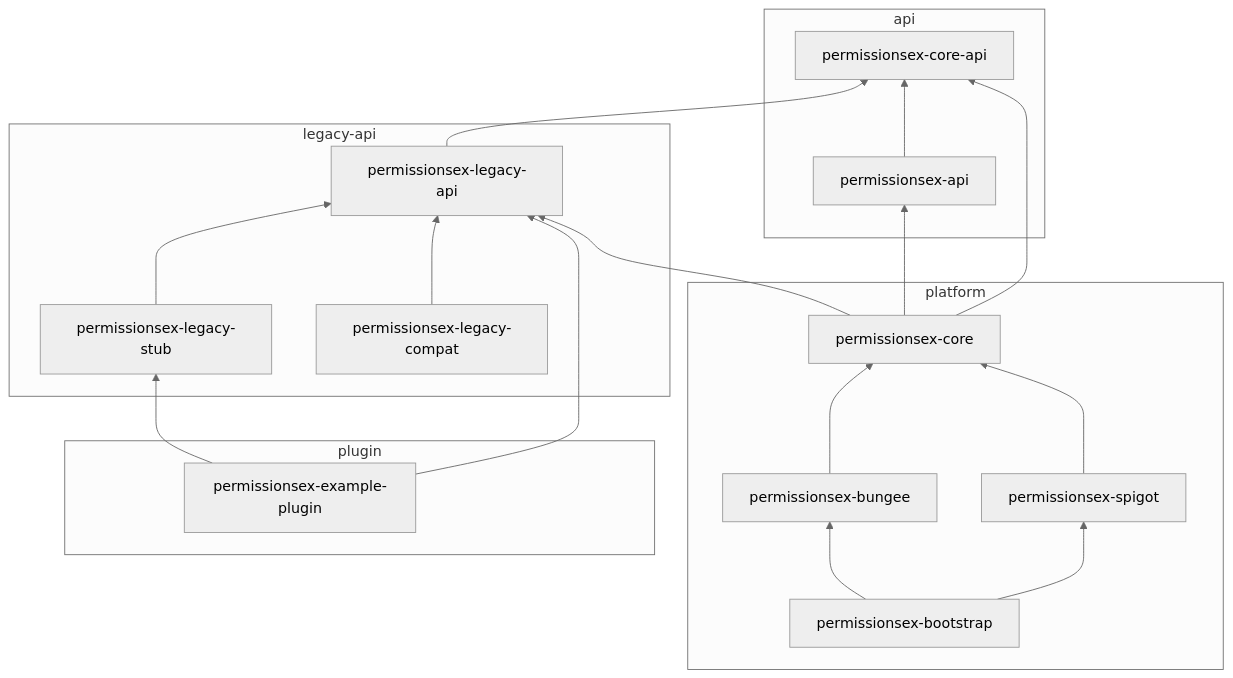
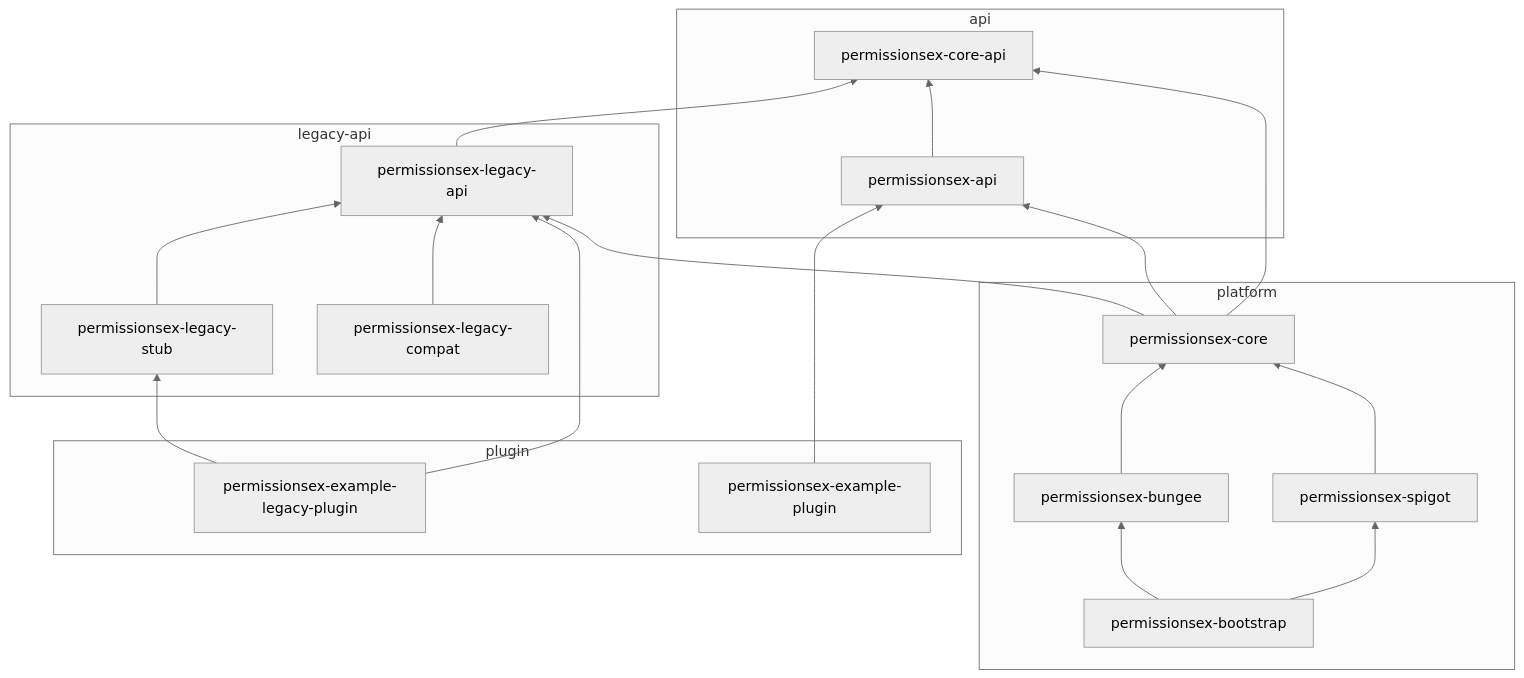
Before and after one commit to rowan-smith/PexPlus: the diagram in README.md, drawn with Mermaid (neutral theme). The commit also changed other lines of this file and 26 other files, not shown here.

First line of the commit message:
Expand modern PermissionService API and split example plugins

````diff
--- a/README.md
+++ b/README.md
@@ -15,34 +15,36 @@
 ```mermaid
 flowchart BT
   subgraph legacy [legacy-api]
     legacyMod[permissionsex-legacy-api]
     stub[permissionsex-legacy-stub]
     compat[permissionsex-legacy-compat]
     stub --> legacyMod
     compat --> legacyMod
   end
   subgraph api [api]
     coreapi[permissionsex-core-api]
     apiMod[permissionsex-api]
     apiMod --> coreapi
   end
   subgraph platform [platform]
     core[permissionsex-core]
     spigot[permissionsex-spigot]
     bungee[permissionsex-bungee]
     boot[permissionsex-bootstrap]
     core --> coreapi
     core --> apiMod
     core --> legacyMod
     spigot --> core
     bungee --> core
     boot --> spigot
     boot --> bungee
   end
   subgraph plugin [plugin]
+    exampleLegacy[permissionsex-example-legacy-plugin]
     example[permissionsex-example-plugin]
-    example --> legacyMod
-    example --> stub
+    exampleLegacy --> legacyMod
+    exampleLegacy --> stub
+    example --> apiMod
   end
   legacyMod --> coreapi
 ```
````
